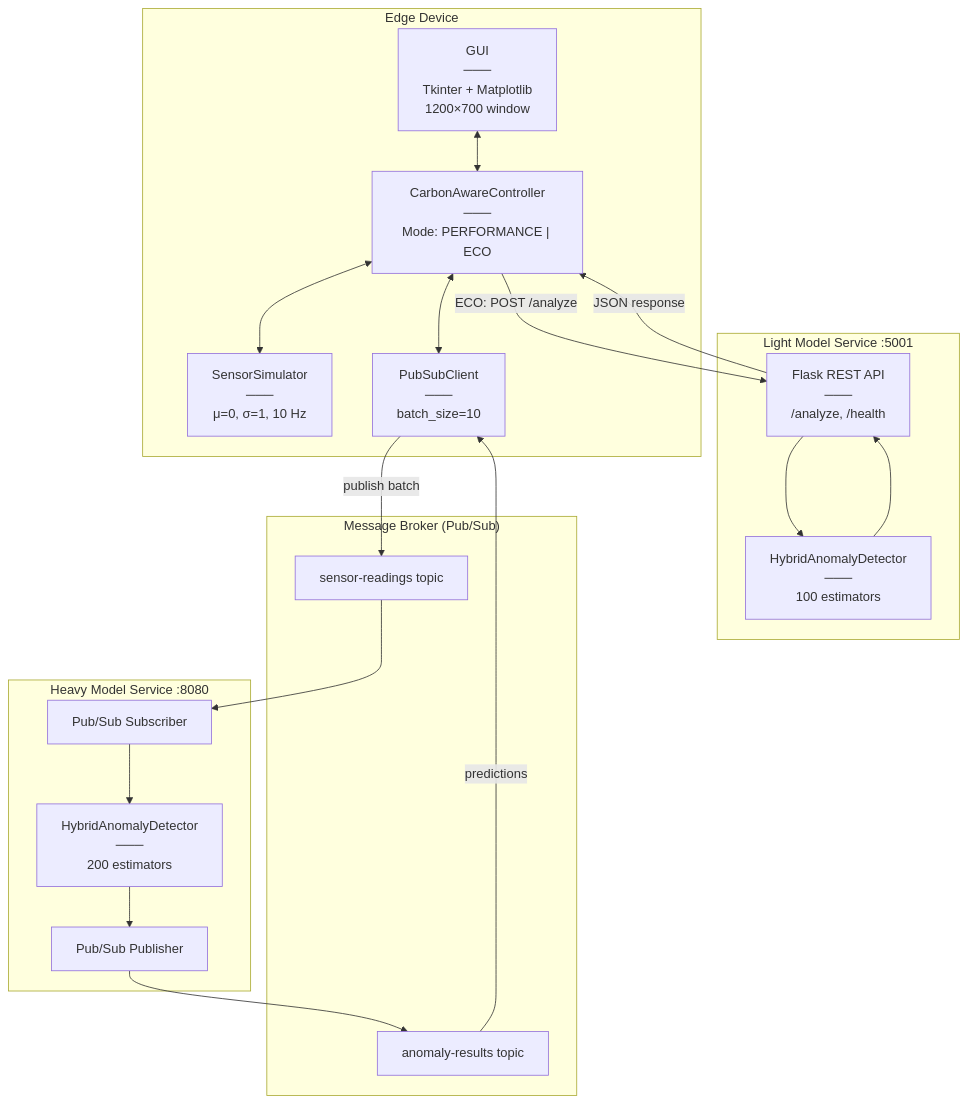
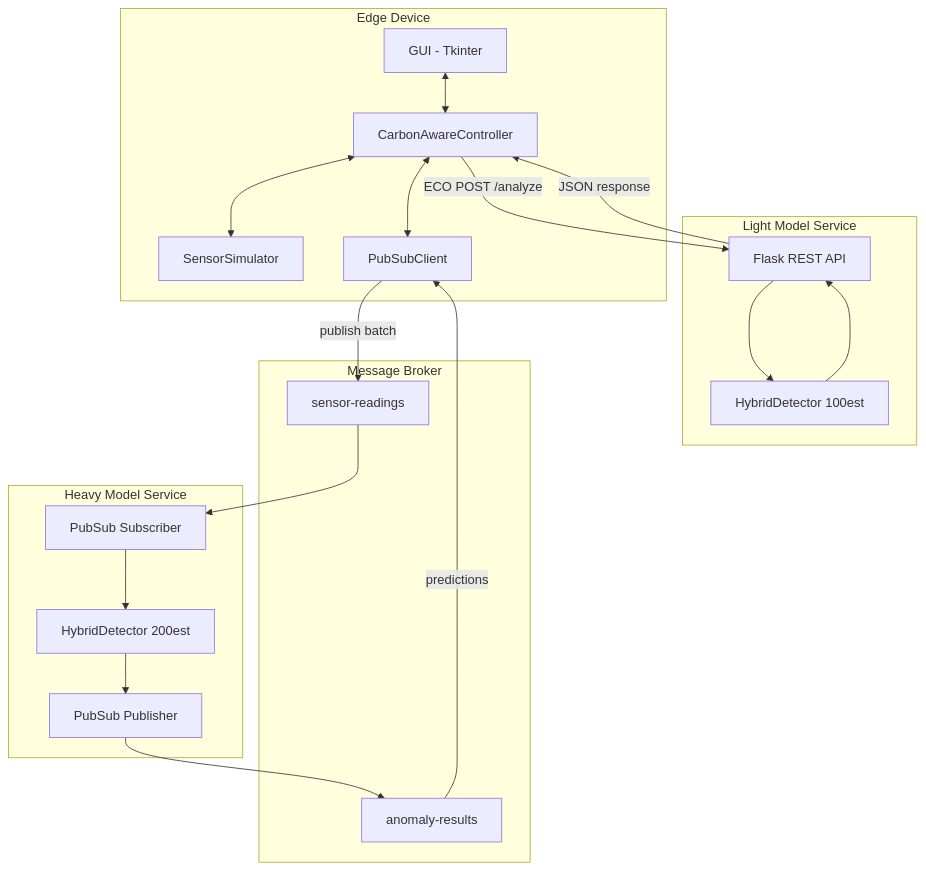
One commit to Taki224/AI-Architecture-and-Cloud-Computing-Final-Project changed the first of 2 diagrams in plans/component.md. Above: the diagram before and after it, drawn with Mermaid. The commit also changed other lines of this file and 3 other files, not shown here.

Commit message:
refactor: Update sequence diagrams for clarity and consistency

````diff
--- a/plans/component.md
+++ b/plans/component.md
@@ -9,44 +9,41 @@
 ```mermaid
 flowchart TB
-    subgraph Edge["Edge Device"]
-        GUI["GUI<br/>───<br/>Tkinter + Matplotlib<br/>1200×700 window"]
-        Controller["CarbonAwareController<br/>───<br/>Mode: PERFORMANCE | ECO"]
-        Sensor["SensorSimulator<br/>───<br/>μ=0, σ=1, 10 Hz"]
-        EdgePubSub["PubSubClient<br/>───<br/>batch_size=10"]
+    subgraph Edge[Edge Device]
+        GUI[GUI - Tkinter]
+        Controller[CarbonAwareController]
+        Sensor[SensorSimulator]
+        EdgePubSub[PubSubClient]
     end
 
-    subgraph LightService["Light Model Service :5001"]
-        LightAPI["Flask REST API<br/>───<br/>/analyze, /health"]
-        LightDetector["HybridAnomalyDetector<br/>───<br/>100 estimators"]
+    subgraph LightService[Light Model Service]
+        LightAPI[Flask REST API]
+        LightDetector[HybridDetector 100est]
     end
 
-    subgraph HeavyService["Heavy Model Service :8080"]
-        HeavySubscriber["Pub/Sub Subscriber"]
-        HeavyDetector["HybridAnomalyDetector<br/>───<br/>200 estimators"]
-        HeavyPublisher["Pub/Sub Publisher"]
+    subgraph HeavyService[Heavy Model Service]
+        HeavySubscriber[PubSub Subscriber]
+        HeavyDetector[HybridDetector 200est]
+        HeavyPublisher[PubSub Publisher]
     end
 
-    subgraph Messaging["Message Broker (Pub/Sub)"]
-        SensorTopic["sensor-readings topic"]
-        AnomalyTopic["anomaly-results topic"]
+    subgraph Messaging[Message Broker]
+        SensorTopic[sensor-readings]
+        AnomalyTopic[anomaly-results]
     end
 
-    %% Edge internal connections
     GUI <--> Controller
     Controller <--> Sensor
     Controller <--> EdgePubSub
 
-    %% ECO mode flow (local)
-    Controller -->|"ECO: POST /analyze"| LightAPI
+    Controller -->|ECO POST /analyze| LightAPI
     LightAPI --> LightDetector
     LightDetector --> LightAPI
-    LightAPI -->|"JSON response"| Controller
+    LightAPI -->|JSON response| Controller
 
-    %% PERFORMANCE mode flow (cloud)
-    EdgePubSub -->|"publish batch"| SensorTopic
+    EdgePubSub -->|publish batch| SensorTopic
     SensorTopic --> HeavySubscriber
     HeavySubscriber --> HeavyDetector
     HeavyDetector --> HeavyPublisher
     HeavyPublisher --> AnomalyTopic
-    AnomalyTopic -->|"predictions"| EdgePubSub
+    AnomalyTopic -->|predictions| EdgePubSub
 ```
````
